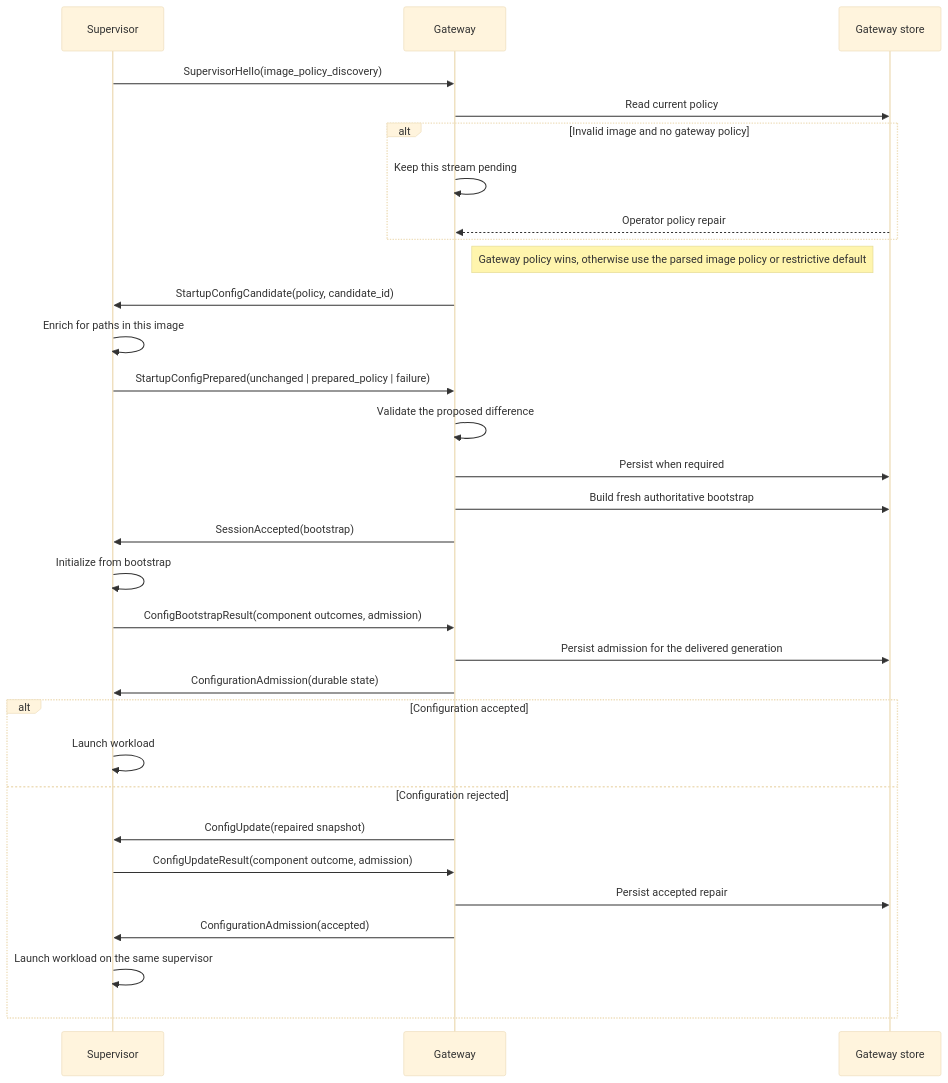
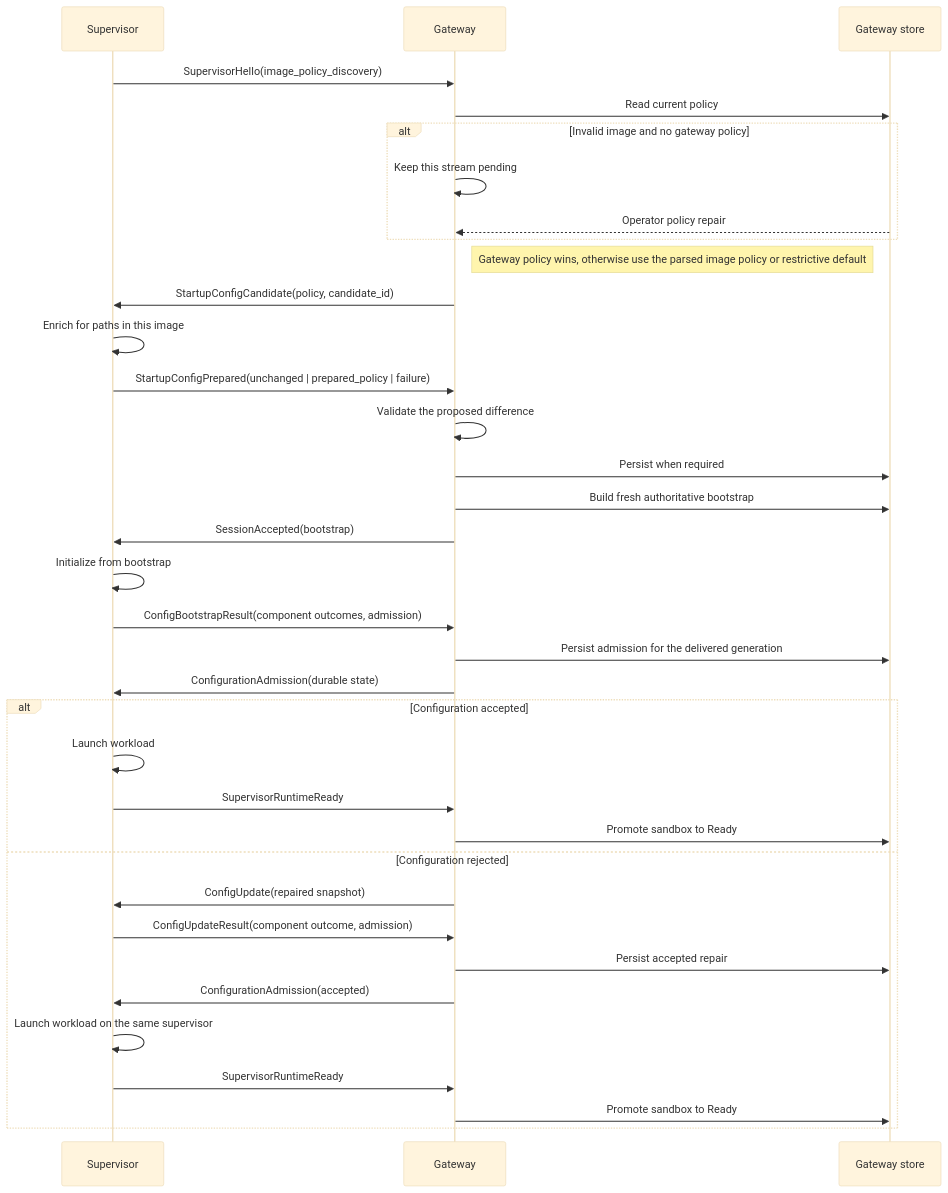
One commit to Hugoch/OpenShell changed the second of 2 diagrams in architecture/sandbox.md. Above: the diagram before and after it, drawn with Mermaid (base theme). The commit also changed other lines of this file and 7 other files, not shown here.

Commit message:
fix(supervisor): report runtime readiness after admission

````diff
--- a/architecture/sandbox.md
+++ b/architecture/sandbox.md
@@ -641,34 +641,38 @@
 ```mermaid
 sequenceDiagram
     participant SUP as Supervisor
     participant GW as Gateway
     participant DB as Gateway store
 
     SUP->>GW: SupervisorHello(image_policy_discovery)
     GW->>DB: Read current policy
     alt Invalid image and no gateway policy
         GW->>GW: Keep this stream pending
         DB-->>GW: Operator policy repair
     end
     Note right of GW: Gateway policy wins, otherwise use the parsed image policy or restrictive default
     GW->>SUP: StartupConfigCandidate(policy, candidate_id)
     SUP->>SUP: Enrich for paths in this image
     SUP->>GW: StartupConfigPrepared(unchanged | prepared_policy | failure)
     GW->>GW: Validate the proposed difference
     GW->>DB: Persist when required
     GW->>DB: Build fresh authoritative bootstrap
     GW->>SUP: SessionAccepted(bootstrap)
     SUP->>SUP: Initialize from bootstrap
     SUP->>GW: ConfigBootstrapResult(component outcomes, admission)
     GW->>DB: Persist admission for the delivered generation
     GW->>SUP: ConfigurationAdmission(durable state)
     alt Configuration accepted
         SUP->>SUP: Launch workload
+        SUP->>GW: SupervisorRuntimeReady
+        GW->>DB: Promote sandbox to Ready
     else Configuration rejected
         GW->>SUP: ConfigUpdate(repaired snapshot)
         SUP->>GW: ConfigUpdateResult(component outcome, admission)
         GW->>DB: Persist accepted repair
         GW->>SUP: ConfigurationAdmission(accepted)
         SUP->>SUP: Launch workload on the same supervisor
+        SUP->>GW: SupervisorRuntimeReady
+        GW->>DB: Promote sandbox to Ready
     end
 ```
````
